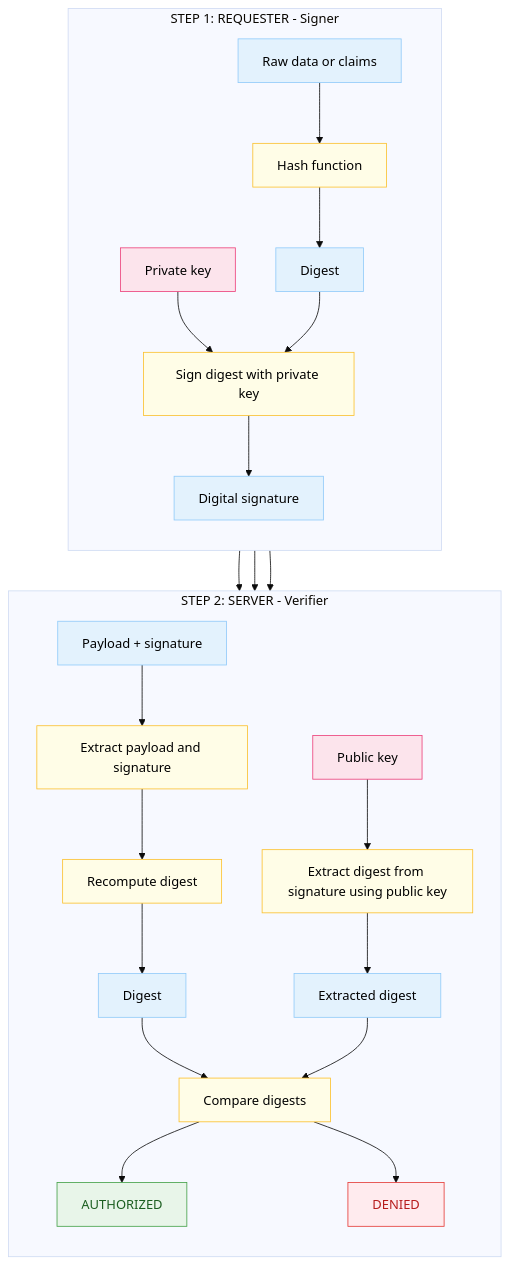
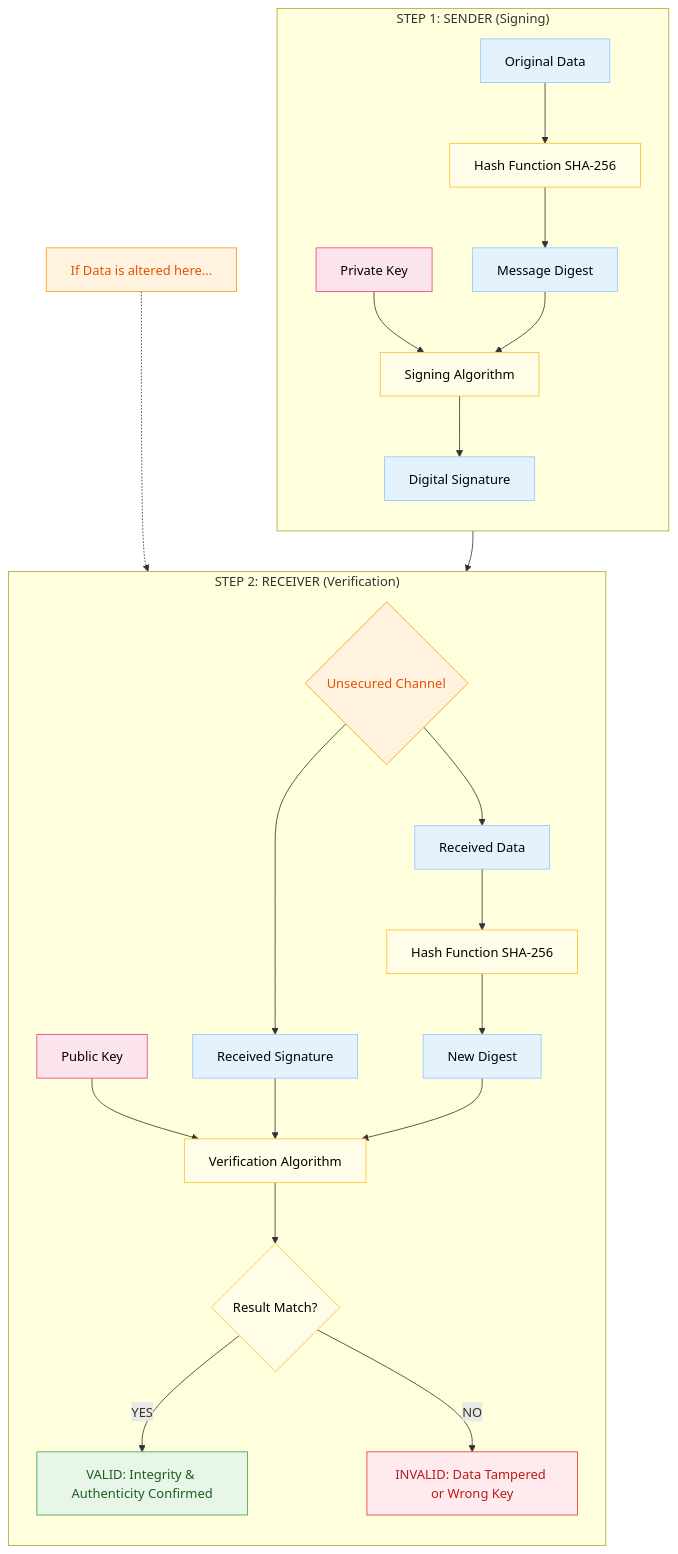
The second of 34 diagrams in Security/AuthN_AuthZ.md (PrashantMudhiraj/AuthN_AuthZ), drawn with Mermaid before and after one commit.

````diff
--- a/Security/AuthN_AuthZ.md
+++ b/Security/AuthN_AuthZ.md
@@ -510,35 +510,42 @@
 ```mermaid
-%%{ init: { "theme": "base" } }%%
 graph TD
   classDef data fill:#e3f2fd,stroke:#90caf9,color:#000;
   classDef process fill:#fffde7,stroke:#fbc02d,color:#000;
   classDef key fill:#fce4ec,stroke:#ec407a,color:#000;
   classDef success fill:#e8f5e9,stroke:#43a047,color:#1b5e20;
   classDef failure fill:#ffebee,stroke:#e53935,color:#b71c1c;
+  classDef alert fill:#fff3e0,stroke:#ff9800,color:#e65100;
 
-  subgraph REQUESTER["STEP 1: REQUESTER - Signer"]
+  subgraph SENDER["STEP 1: SENDER (Signing)"]
     direction TB
-    Payload[Raw data or claims]:::data --> Hash1[Hash function]:::process
-    Hash1 --> Digest1[Digest]:::data
-    PrivateKey[Private key]:::key --> Sign[Sign digest with private key]:::process
-    Digest1 --> Sign
-    Sign --> Signature[Digital signature]:::data
+    Payload[Original Data]:::data --> HashFunc[Hash Function SHA-256]:::process
+    HashFunc --> Digest1[Message Digest]:::data
+    PrivKey[Private Key]:::key --> SignAlgo[Signing Algorithm]:::process
+    Digest1 --> SignAlgo
+    SignAlgo --> Sig[Digital Signature]:::data
   end
 
-  Signature --> Outgoing[Payload + signature]:::data
-  Payload --> Outgoing
+  SENDER --> Channel{Unsecured Channel}:::alert
+  
+  subgraph VERIFIER["STEP 2: RECEIVER (Verification)"]
+    direction TB
+    Channel --> DataRec[Received Data]:::data
+    Channel --> SigRec[Received Signature]:::data
+    
+    DataRec --> HashFunc2[Hash Function SHA-256]:::process
+    HashFunc2 --> Digest2[New Digest]:::data
+    
+    PubKey[Public Key]:::key --> VerifyAlgo[Verification Algorithm]:::process
+    SigRec --> VerifyAlgo
+    Digest2 --> VerifyAlgo
+    
+    VerifyAlgo --> Match{Result Match?}:::process
+    Match -- YES --> OK[VALID: Integrity & Authenticity Confirmed]:::success
+    Match -- NO --> ERR[INVALID: Data Tampered or Wrong Key]:::failure
+  end
 
-  subgraph SERVER["STEP 2: SERVER - Verifier"]
-    direction TB
-    Outgoing --> Split[Extract payload and signature]:::process
-    Split --> Recalc[Recompute digest]:::process
-        Recalc --> Digest2[Digest]:::data
-        PublicKey[Public key]:::key --> Extract[Extract digest from signature using public key]:::process
-        Signature --> Extract
-        Extract --> ExtractedDigest[Extracted digest]:::data
-        Digest2 --> Compare[Compare digests]:::process
-        ExtractedDigest --> Compare
-        Compare --> OK[AUTHORIZED]:::success
-        Compare --> ERR[DENIED]:::failure
-  end
+  %% Tamper Scenario Note
+  Note1[If Data is altered here...]:::alert
+  Note1 -.-> Channel
+
 ```
````
